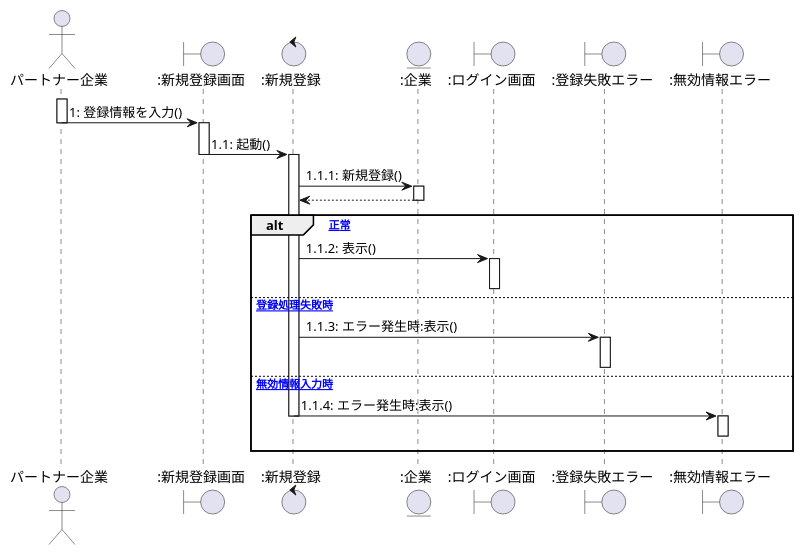
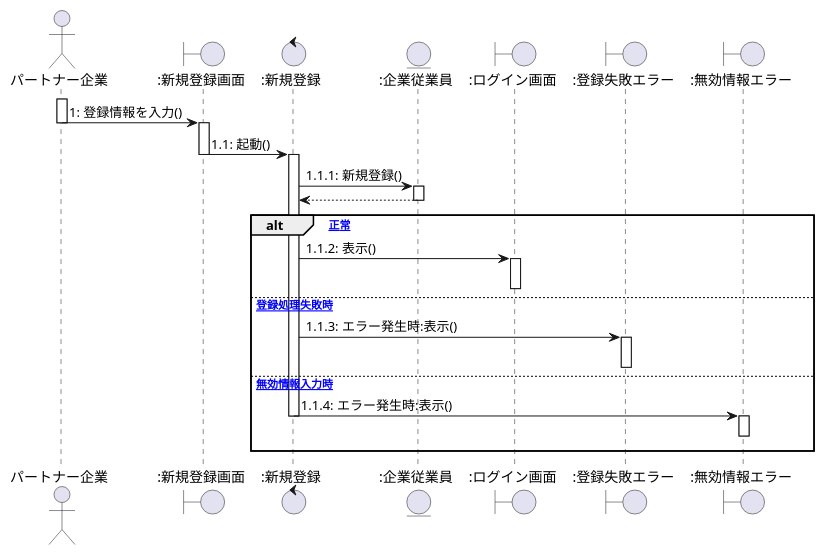
Before and after one commit to ksw2270227/GroupF: the first of 10 diagrams in client_sequence.plantuml, drawn with PlantUML. The commit also changed other lines of this file and 5 other files, not shown here.

```diff
--- a/client_sequence.plantuml
+++ b/client_sequence.plantuml
@@ -1,43 +1,43 @@
 @startuml 新規登録
 
 actor パートナー企業 as 0
 Boundary ":新規登録画面" as a
 Control ":新規登録" as b
-Entity ":企業" as c
+Entity ":企業従業員" as c
 Boundary ":ログイン画面" as d
 Boundary ":登録失敗エラー" as e
 Boundary ":無効情報エラー" as f
 
 
 activate 0
     0 -> a :1: 登録情報を入力()
 deactivate 0
 
 activate a
     a -> b :1.1: 起動()
 deactivate a
 
 activate b
     b -> c :1.1.1: 新規登録()
 activate c
     b <-- c
 deactivate c
 
 alt [正常]
     b -> d :1.1.2: 表示()
 activate d
 deactivate d
 else [登録処理失敗時]
     b -> e :1.1.3: エラー発生時:表示()
 activate e
 deactivate e
 else [無効情報入力時]
     b -> f :1.1.4: エラー発生時:表示()
 deactivate b
 activate f
 f -[hidden]-> f
 deactivate f
 end
 
 
 @enduml
```
